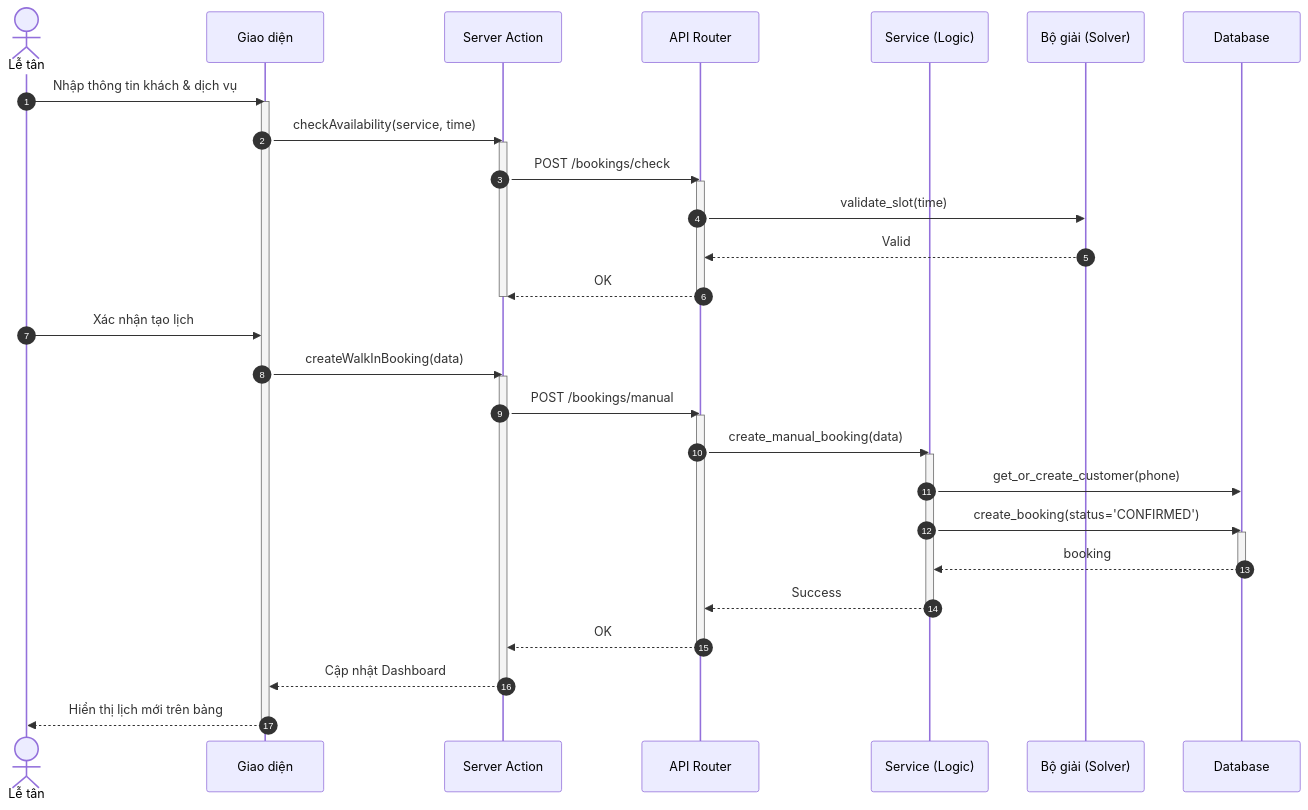
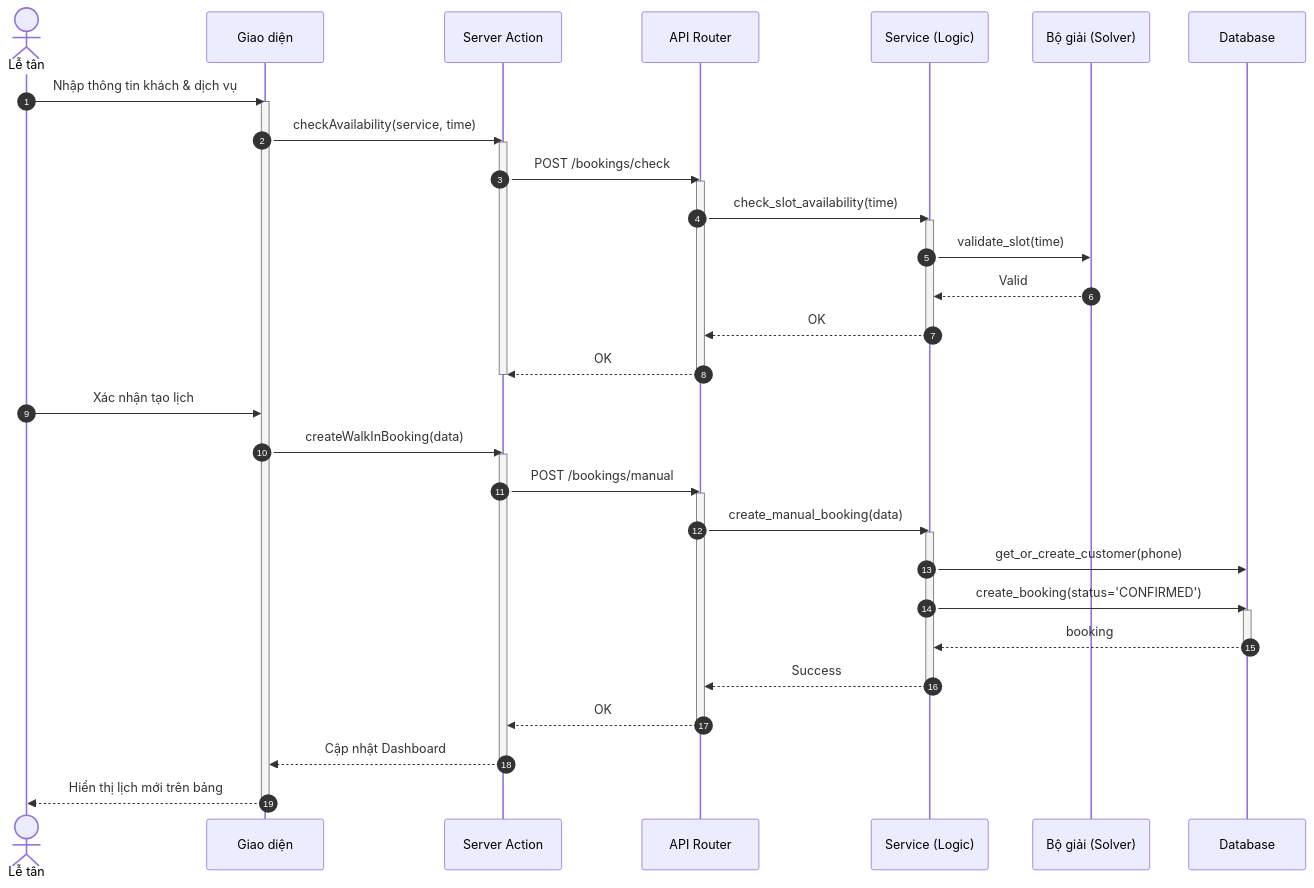
One commit to ngoctinn/Synapse changed the second of 4 diagrams in docs/design/sequences/receptionist_flows.md. Above: the diagram before and after it, drawn with Mermaid. The commit also changed 1 other file, not shown here.

Commit message:
feat: Add sequence diagrams for customer and receptionist activities.

````diff
--- a/docs/design/sequences/receptionist_flows.md
+++ b/docs/design/sequences/receptionist_flows.md
@@ -70,52 +70,56 @@
 ```mermaid
 sequenceDiagram
     autonumber
     actor LT as Lễ tân
     participant UI as Giao diện
     participant BFF as Server Action
     participant API as API Router
     participant S as Service (Logic)
     participant SOLVER as Bộ giải (Solver)
     participant DB as Database
 
     LT->>UI: Nhập thông tin khách & dịch vụ
     activate UI
     UI->>BFF: checkAvailability(service, time)
     activate BFF
 
     BFF->>API: POST /bookings/check
     activate API
-    API->>SOLVER: validate_slot(time)
-    SOLVER-->>API: Valid
+    API->>S: check_slot_availability(time)
+    activate S
+    S->>SOLVER: validate_slot(time)
+    SOLVER-->>S: Valid
+    S-->>API: OK
+    deactivate S
     API-->>BFF: OK
     deactivate API
     deactivate BFF
 
     LT->>UI: Xác nhận tạo lịch
     UI->>BFF: createWalkInBooking(data)
     activate BFF
 
     BFF->>API: POST /bookings/manual
     activate API
 
     API->>S: create_manual_booking(data)
     activate S
 
     S->>DB: get_or_create_customer(phone)
     S->>DB: create_booking(status='CONFIRMED')
     activate DB
     DB-->>S: booking
     deactivate DB
 
     S-->>API: Success
     deactivate S
 
     API-->>BFF: OK
     deactivate API
 
     BFF-->>UI: Cập nhật Dashboard
     deactivate BFF
 
     UI-->>LT: Hiển thị lịch mới trên bảng
     deactivate UI
 ```
````
